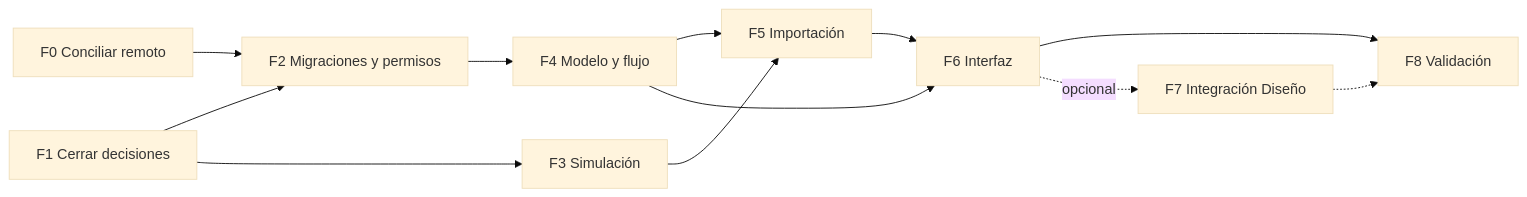
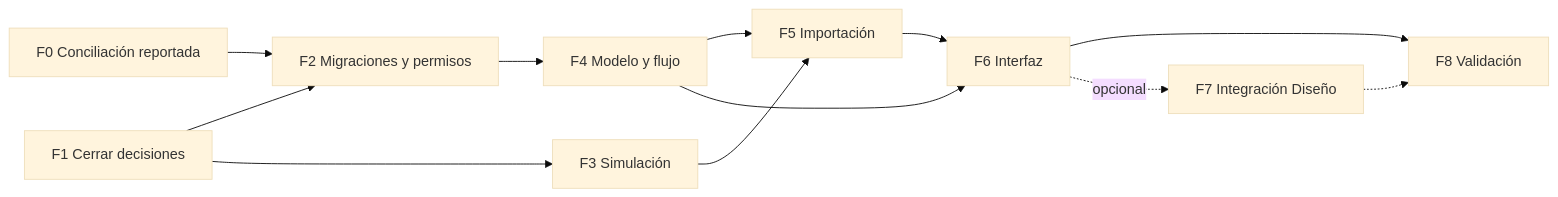
One commit to ernest0dev/kromi-connect changed the diagram in docs/design/roadmap-solicitudes-diseno.md. Above: the diagram before and after it, drawn with Mermaid (base theme). The commit also changed other lines of this file and 15 other files, not shown here.

````diff
--- a/docs/design/roadmap-solicitudes-diseno.md
+++ b/docs/design/roadmap-solicitudes-diseno.md
@@ -32,14 +32,14 @@
 ```mermaid
 flowchart LR
-  F0[F0 Conciliar remoto] --> F2
+  F0[F0 Conciliación reportada] --> F2
   F1[F1 Cerrar decisiones] --> F2
   F1 --> F3
   F2[F2 Migraciones y permisos] --> F4
   F3[F3 Simulación] --> F5
   F4[F4 Modelo y flujo] --> F5
   F4 --> F6
   F5[F5 Importación] --> F6
   F6[F6 Interfaz] --> F8
   F6 -.opcional.-> F7[F7 Integración Diseño]
   F7 -.-> F8[F8 Validación]
 ```
````
